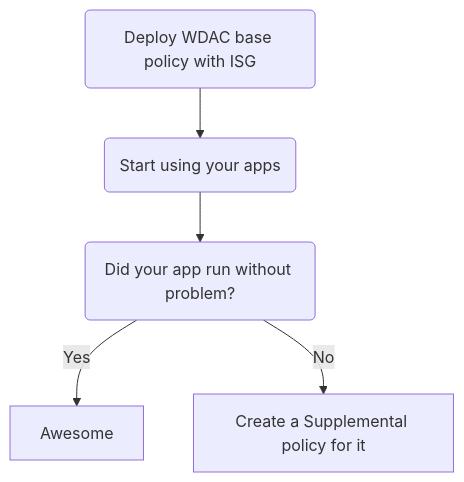
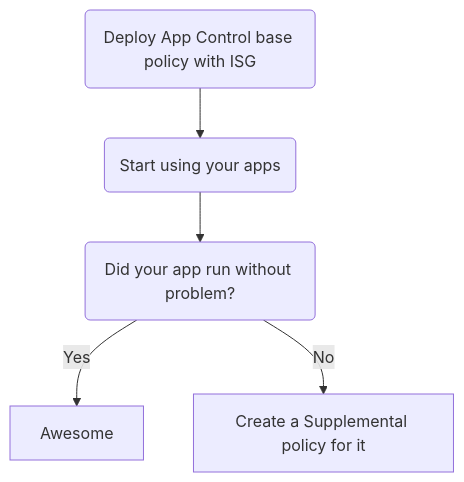
One commit to HotCakeX/Harden-Windows-Security changed the diagram in Wiki posts/Windows Defender Application Control (WDAC)/WDAC for Lightly Managed Devices.md. Above: the diagram before and after it, drawn with Mermaid. The commit also changed other lines of this file and 35 other files, not shown here.

````diff
--- a/Wiki posts/Windows Defender Application Control (WDAC)/WDAC for Lightly Managed Devices.md
+++ b/Wiki posts/Windows Defender Application Control (WDAC)/WDAC for Lightly Managed Devices.md
@@ -13,7 +13,7 @@
 ```mermaid
 flowchart TD
-    A(Deploy WDAC base policy with ISG) -->B(Start using your apps)
+    A(Deploy App Control base policy with ISG) -->B(Start using your apps)
     B --> C(Did your app run without problem?)
     C -->|Yes| D[Awesome]
     C -->|No| E[Create a Supplemental policy for it]
 ```
````
